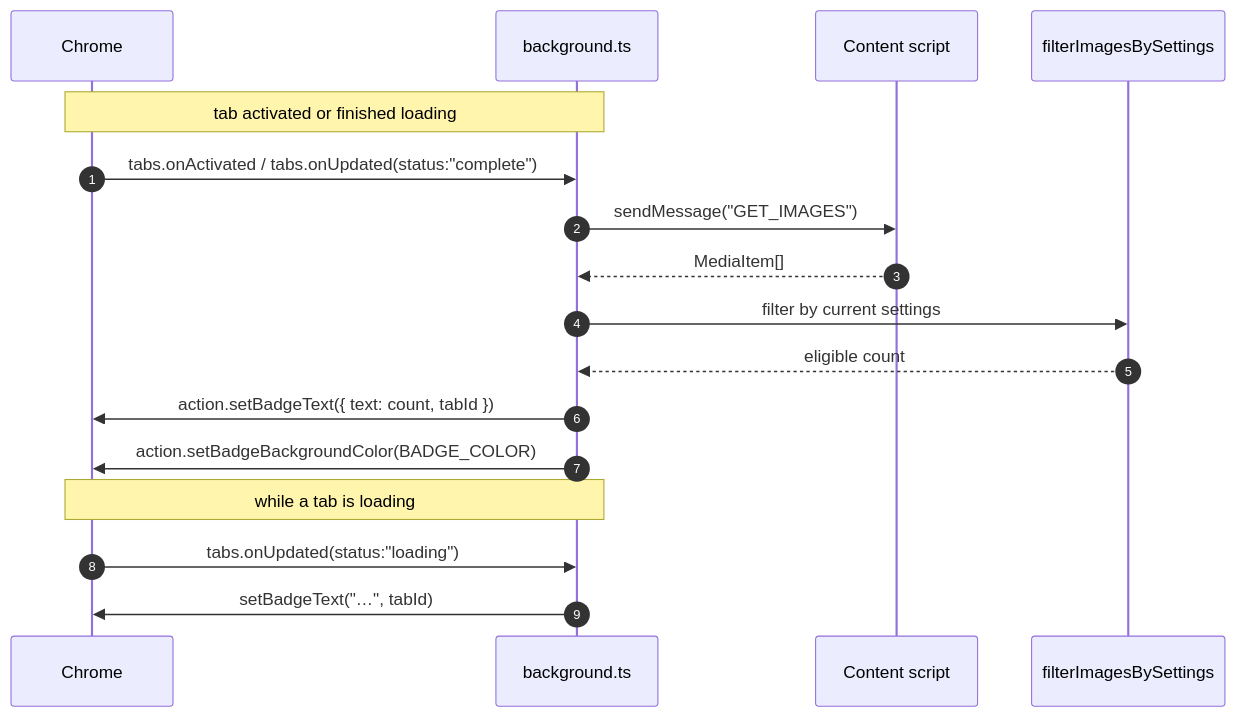
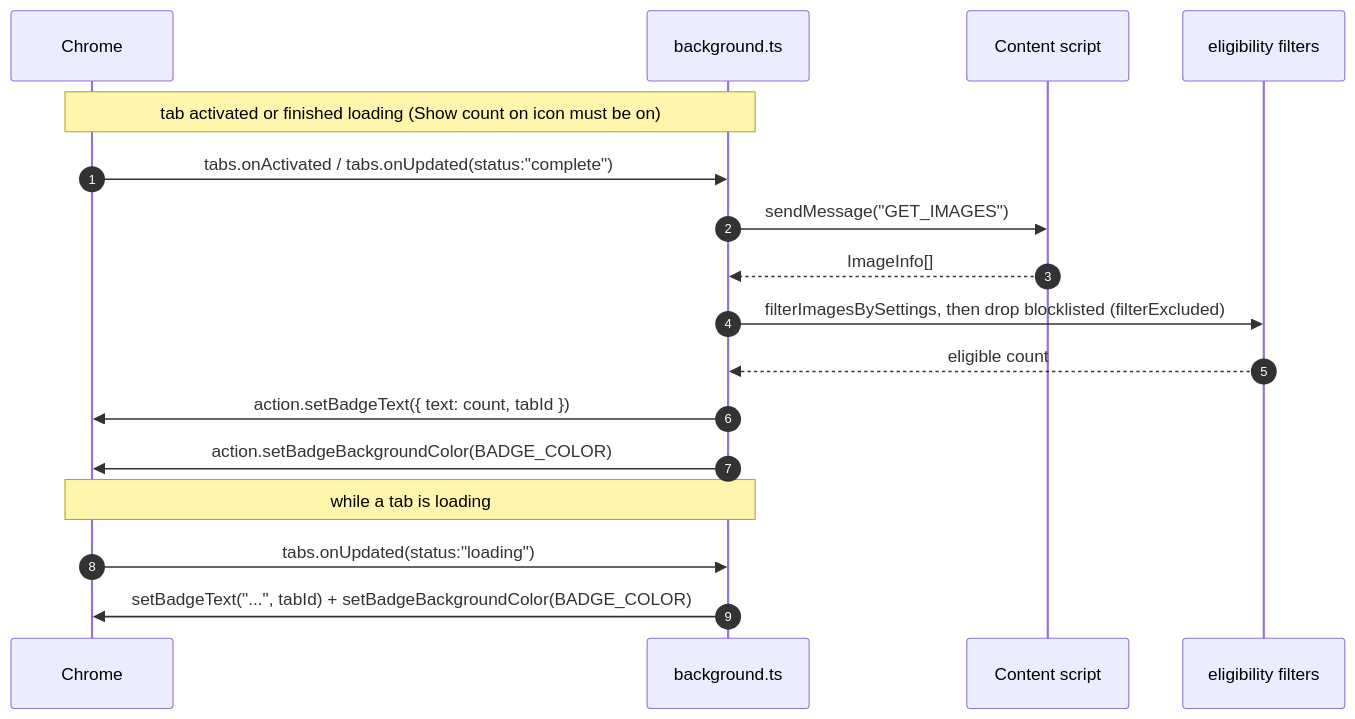
One commit to mralaminahamed/media-bulk-downloads changed the first of 2 diagrams in docs/guides/badge.md. Above: the diagram before and after it, drawn with Mermaid. The commit also changed other lines of this file and 2 other files, not shown here.

First line of the commit message:
docs(guides): rewrite getting-started, badge, favourites (verified vs code)

````diff
--- a/docs/guides/badge.md
+++ b/docs/guides/badge.md
@@ -8,21 +9,21 @@
 ```mermaid
 sequenceDiagram
   autonumber
   participant CH as Chrome
   participant SW as background.ts
   participant CS as Content script
-  participant F as filterImagesBySettings
+  participant F as eligibility filters
 
-  Note over CH,SW: tab activated or finished loading
+  Note over CH,SW: tab activated or finished loading (Show count on icon must be on)
   CH->>SW: tabs.onActivated / tabs.onUpdated(status:"complete")
   SW->>CS: sendMessage("GET_IMAGES")
-  CS-->>SW: MediaItem[]
-  SW->>F: filter by current settings
+  CS-->>SW: ImageInfo[]
+  SW->>F: filterImagesBySettings, then drop blocklisted (filterExcluded)
   F-->>SW: eligible count
   SW->>CH: action.setBadgeText({ text: count, tabId })
   SW->>CH: action.setBadgeBackgroundColor(BADGE_COLOR)
 
   Note over CH,SW: while a tab is loading
   CH->>SW: tabs.onUpdated(status:"loading")
-  SW->>CH: setBadgeText("…", tabId)
+  SW->>CH: setBadgeText("...", tabId) + setBadgeBackgroundColor(BADGE_COLOR)
 ```
````
